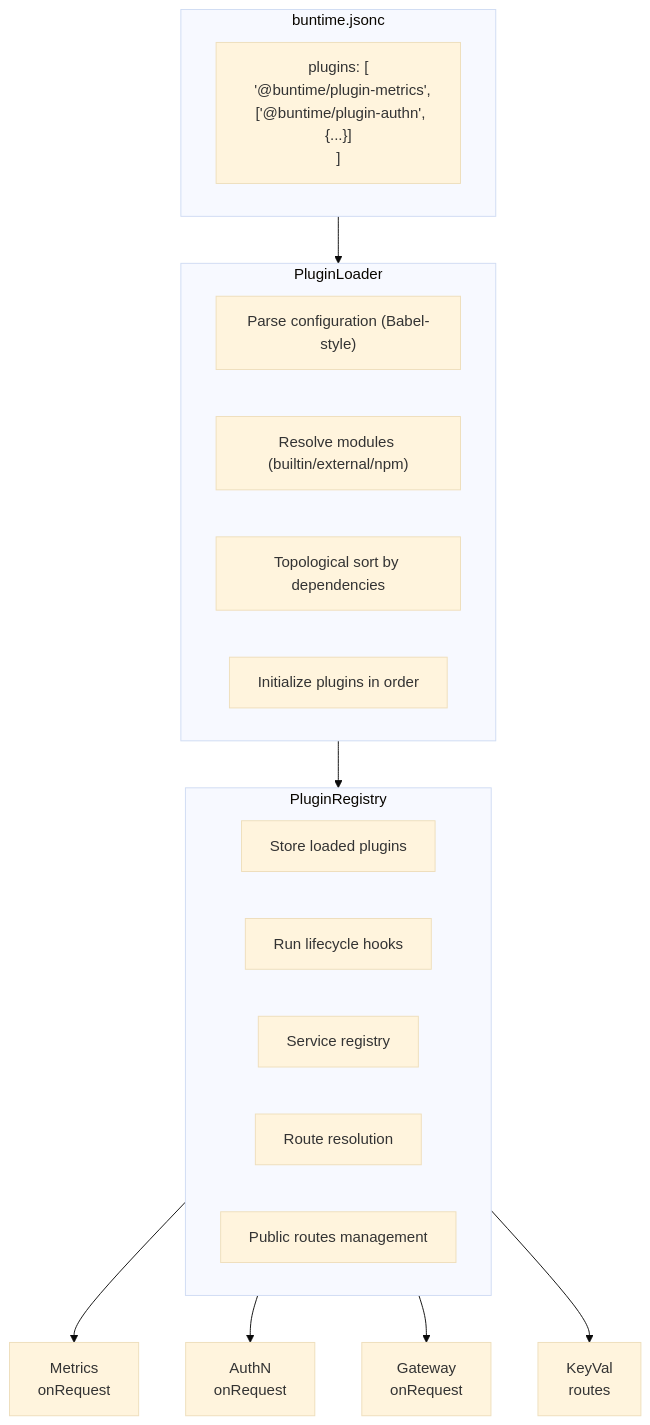
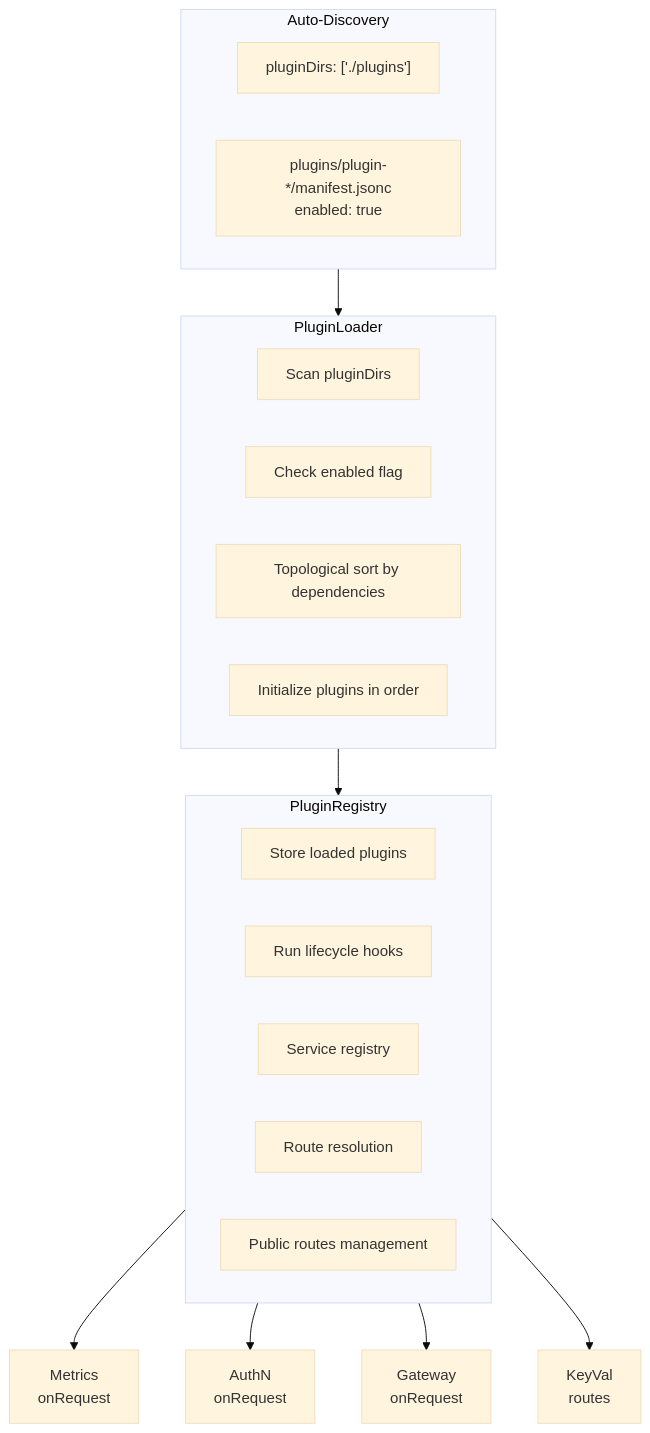
Before and after one commit to zommehq/buntime: the first of 3 diagrams in runtime/docs/fundamentals/plugin-system.adoc, drawn with Mermaid (base theme). The commit also changed other lines of this file and 221 other files, not shown here.

```diff
--- a/runtime/docs/fundamentals/plugin-system.adoc
+++ b/runtime/docs/fundamentals/plugin-system.adoc
@@ -25,30 +25,31 @@
 [mermaid]
 ----
 flowchart TD
-    subgraph config["buntime.jsonc"]
-        C1["plugins: [<br/>  '@buntime/plugin-metrics',<br/>  ['@buntime/plugin-authn', {...}]<br/>]"]
+    subgraph autodiscovery["Auto-Discovery"]
+        D1["pluginDirs: ['./plugins']"]
+        D2["plugins/plugin-*/manifest.jsonc<br/>enabled: true"]
     end
 
     subgraph loader["PluginLoader"]
-        L1["Parse configuration (Babel-style)"]
-        L2["Resolve modules (builtin/external/npm)"]
+        L1["Scan pluginDirs"]
+        L2["Check enabled flag"]
         L3["Topological sort by dependencies"]
         L4["Initialize plugins in order"]
     end
 
     subgraph registry["PluginRegistry"]
         R1["Store loaded plugins"]
         R2["Run lifecycle hooks"]
         R3["Service registry"]
         R4["Route resolution"]
         R5["Public routes management"]
     end
 
-    config --> loader
+    autodiscovery --> loader
     loader --> registry
 
     registry --> Metrics["Metrics<br/>onRequest"]
     registry --> AuthN["AuthN<br/>onRequest"]
     registry --> Gateway["Gateway<br/>onRequest"]
     registry --> KeyVal["KeyVal<br/>routes"]
 ----
```
